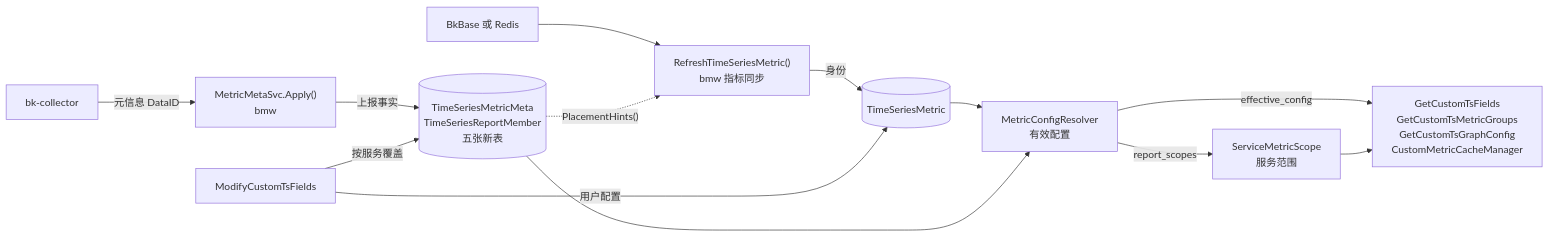
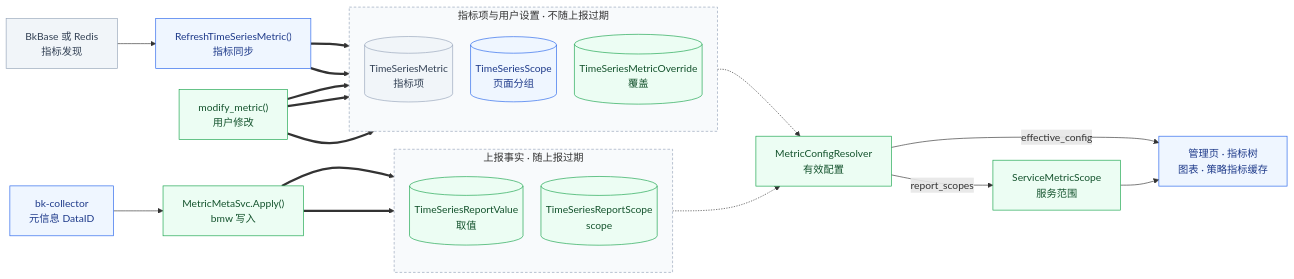
One commit to ZhuoZhuoCrayon/ai-workspace changed the seventh of 28 diagrams in knowledge/bkmonitor/issues/2026-09-15-custom-metric-metadata/PLAN.md. Above: the diagram before and after it, drawn with Mermaid. The commit also changed other lines of this file and 12 other files, not shown here.

Commit message:
docs(issue): switch custom metric metadata to value dedup plan with final retest

````diff
--- a/knowledge/bkmonitor/issues/2026-09-15-custom-metric-metadata/PLAN.md
+++ b/knowledge/bkmonitor/issues/2026-09-15-custom-metric-metadata/PLAN.md
@@ -335,15 +513,39 @@
 ```mermaid
+%%{init: {"flowchart": {"nodeSpacing": 28, "rankSpacing": 60, "wrappingWidth": 400}}}%%
 flowchart LR
-    Collector["bk-collector"] -->|"元信息 DataID"| Apply["MetricMetaSvc.Apply()<br/>bmw"]
-    BkBase["BkBase 或 Redis"] --> Sync["RefreshTimeSeriesMetric()<br/>bmw 指标同步"]
-    Apply -->|"上报事实"| New[("TimeSeriesMetricMeta<br/>TimeSeriesReportMember<br/>五张新表")]
-    Sync -->|"身份"| Metric[("TimeSeriesMetric")]
-    New -.->|"PlacementHints()"| Sync
-    Modify["ModifyCustomTsFields"] -->|"用户配置"| Metric
-    Modify -->|"按服务覆盖"| New
-    Metric --> Resolver["MetricConfigResolver<br/>有效配置"]
-    New --> Resolver
-    Resolver -->|"report_scopes"| Scope["ServiceMetricScope<br/>服务范围"]
-    Resolver -->|"effective_config"| Readers["GetCustomTsFields<br/>GetCustomTsMetricGroups<br/>GetCustomTsGraphConfig<br/>CustomMetricCacheManager"]
-    Scope --> Readers
+    Collector["bk-collector<br/>元信息 DataID"] --> Apply["MetricMetaSvc.Apply()<br/>bmw 写入"]
+    Discover["BkBase 或 Redis<br/>指标发现"] --> Sync["RefreshTimeSeriesMetric()<br/>指标同步"]
+    User["modify_metric()<br/>用户修改"]
+    subgraph Report["上报事实 · 随上报过期"]
+        direction TB
+        Value[("TimeSeriesReportValue<br/>取值")]
+        RScope[("TimeSeriesReportScope<br/>scope")]
+    end
+    subgraph Setting["指标项与用户设置 · 不随上报过期"]
+        direction TB
+        Metric[("TimeSeriesMetric<br/>指标项")]
+        Page[("TimeSeriesScope<br/>页面分组")]
+        Override[("TimeSeriesMetricOverride<br/>覆盖")]
+    end
+    Apply ==> Value
+    Apply ==> RScope
+    Sync ==> Metric
+    Sync ==> Page
+    User ==> Metric
+    User ==> Page
+    User ==> Override
+    Report -.-> Resolver["MetricConfigResolver<br/>有效配置"]
+    Setting -.-> Resolver
+    Resolver -->|"effective_config"| Readers["管理页 · 指标树<br/>图表 · 策略指标缓存"]
+    Resolver -->|"report_scopes"| SMS["ServiceMetricScope<br/>服务范围"]
+    SMS --> Readers
+
+    classDef add fill:#ecfdf3,stroke:#16a34a,color:#14532d
+    classDef change fill:#eff6ff,stroke:#2563eb,color:#1e3a8a
+    classDef old fill:#f1f5f9,stroke:#94a3b8,color:#334155
+    class Apply,Value,RScope,Override,User,Resolver,SMS add
+    class Collector,Sync,Page,Readers change
+    class Discover,Metric old
+    style Report fill:#f8fafc,stroke:#94a3b8,stroke-dasharray:4 3
+    style Setting fill:#f8fafc,stroke:#94a3b8,stroke-dasharray:4 3
 ```
````
